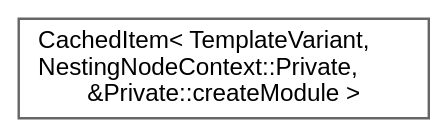
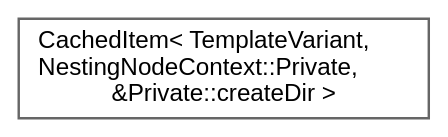
Before and after one commit to skyrich62/doxygen: the diagram in inherit_graph_266.dot, drawn with Graphviz. The commit also changed 11221 other files, not shown here.

```diff
--- a/inherit_graph_266.dot
+++ b/inherit_graph_266.dot
@@ -1,10 +1,10 @@
 digraph "Graphical Class Hierarchy"
 {
  // INTERACTIVE_SVG=YES
  // LATEX_PDF_SIZE
   bgcolor="transparent";
   edge [fontname=Helvetica,fontsize=10,labelfontname=Helvetica,labelfontsize=10];
   node [fontname=Helvetica,fontsize=10,shape=box,height=0.2,width=0.4];
   rankdir="LR";
-  Node0 [label="CachedItem\< TemplateVariant,\l NestingNodeContext::Private,\l &Private::createModule \>",height=0.2,width=0.4,color="grey40", fillcolor="white", style="filled",URL="$d7/dc1/class_cached_item.html",tooltip=" "];
+  Node0 [label="CachedItem\< TemplateVariant,\l NestingNodeContext::Private,\l &Private::createDir \>",height=0.2,width=0.4,color="grey40", fillcolor="white", style="filled",URL="$d7/dc1/class_cached_item.html",tooltip=" "];
 }
```
